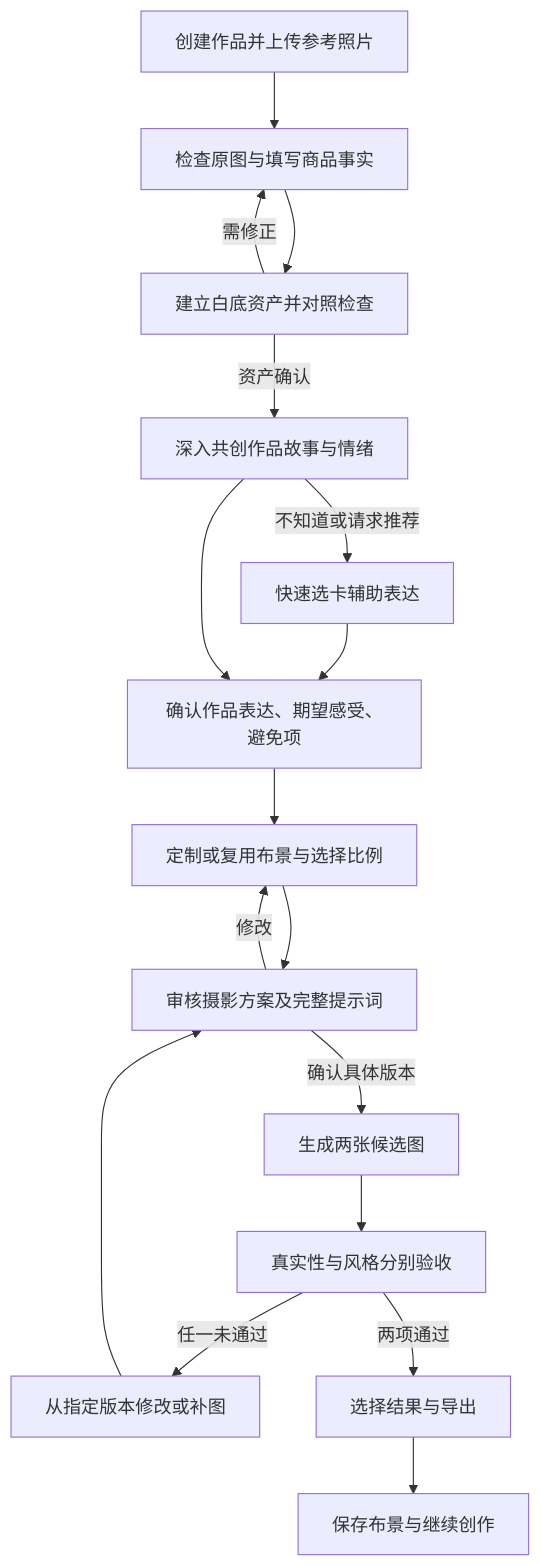
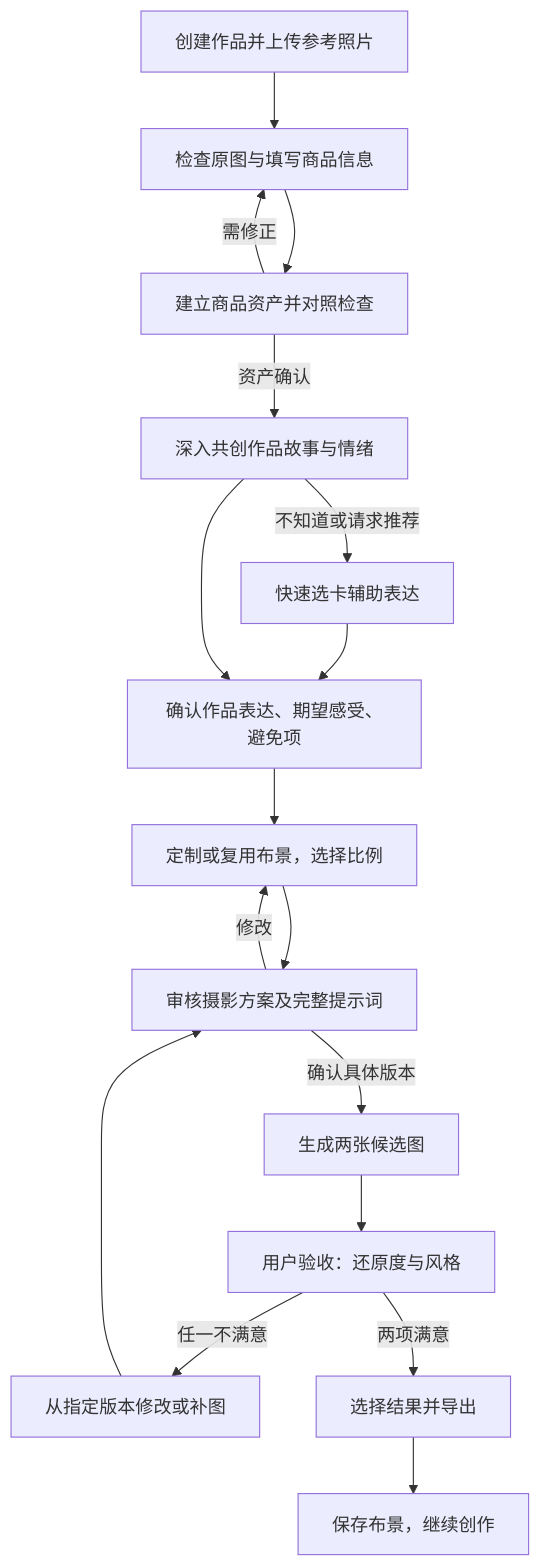
One commit to Fuuuuu24/handmade-ai-studio changed the diagram in docs/PRD.md. Above: the diagram before and after it, drawn with Mermaid. The commit also changed other lines of this file and 1 other file, not shown here.

````diff
--- a/docs/PRD.md
+++ b/docs/PRD.md
@@ -100,19 +115,19 @@
 ```mermaid
 flowchart TD
-  A[创建作品并上传参考照片] --> B[检查原图与填写商品事实]
-  B --> C[建立白底资产并对照检查]
+  A[创建作品并上传参考照片] --> B[检查原图与填写商品信息]
+  B --> C[建立商品资产并对照检查]
   C -->|需修正| B
   C -->|资产确认| D[深入共创作品故事与情绪]
   D -->|不知道或请求推荐| E[快速选卡辅助表达]
   E --> F[确认作品表达、期望感受、避免项]
   D --> F
-  F --> G[定制或复用布景与选择比例]
+  F --> G[定制或复用布景，选择比例]
   G --> H[审核摄影方案及完整提示词]
   H -->|修改| G
   H -->|确认具体版本| I[生成两张候选图]
-  I --> J[真实性与风格分别验收]
-  J -->|任一未通过| K[从指定版本修改或补图]
+  I --> J[用户验收：还原度与风格]
+  J -->|任一不满意| K[从指定版本修改或补图]
   K --> H
-  J -->|两项通过| L[选择结果与导出]
-  L --> M[保存布景与继续创作]
+  J -->|两项满意| L[选择结果并导出]
+  L --> M[保存布景，继续创作]
 ```
````
